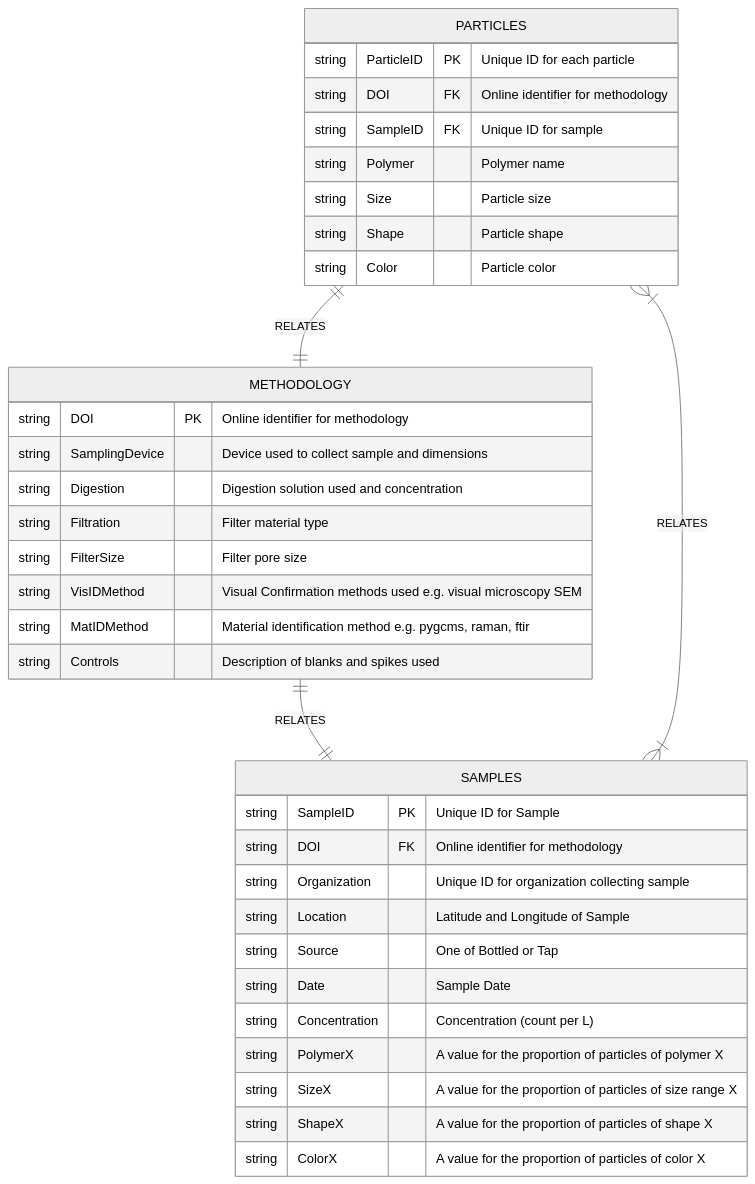
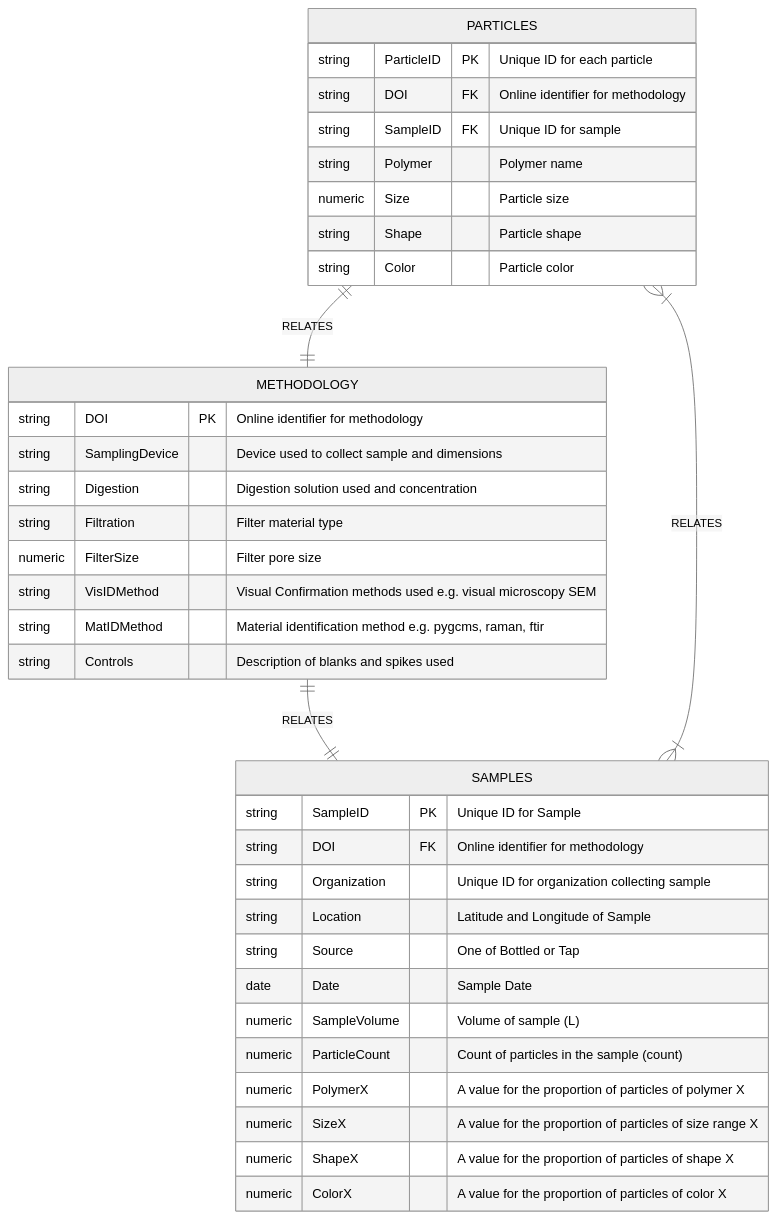
Before and after one commit to Moore-Institute-4-Plastic-Pollution-Res/Microplastic_Data_Portal: the first of 2 diagrams in README.md, drawn with Mermaid (neutral theme).

````diff
--- a/README.md
+++ b/README.md
@@ -27,39 +27,40 @@
 ```mermaid
 erDiagram
     METHODOLOGY ||--|| SAMPLES : RELATES
     PARTICLES ||--|| METHODOLOGY : RELATES
     PARTICLES }|--|{ SAMPLES : RELATES
 
     SAMPLES {
         string SampleID PK "Unique ID for Sample" 
         string DOI FK "Online identifier for methodology"
         string Organization "Unique ID for organization collecting sample"
         string Location "Latitude and Longitude of Sample"
         string Source "One of Bottled or Tap"
-        string Date "Sample Date"
-        string Concentration "Concentration (count per L)"
-        string PolymerX "A value for the proportion of particles of polymer X"
-        string SizeX "A value for the proportion of particles of size range X"
-        string ShapeX "A value for the proportion of particles of shape X"
-        string ColorX "A value for the proportion of particles of color X"
+        date Date "Sample Date"
+        numeric SampleVolume "Volume of sample (L)"
+        numeric ParticleCount "Count of particles in the sample (count)"
+        numeric PolymerX "A value for the proportion of particles of polymer X"
+        numeric SizeX "A value for the proportion of particles of size range X"
+        numeric ShapeX "A value for the proportion of particles of shape X"
+        numeric ColorX "A value for the proportion of particles of color X"
     }
     PARTICLES {
         string ParticleID PK "Unique ID for each particle" 
         string DOI FK "Online identifier for methodology"
         string SampleID FK "Unique ID for sample" 
         string Polymer "Polymer name"
-        string Size "Particle size"
+        numeric Size "Particle size"
         string Shape "Particle shape"
         string Color "Particle color"
     }
     METHODOLOGY {
         string DOI PK "Online identifier for methodology"
         string SamplingDevice "Device used to collect sample and dimensions"
         string Digestion "Digestion solution used and concentration"
         string Filtration "Filter material type"
-        string FilterSize "Filter pore size"
+        numeric FilterSize "Filter pore size"
         string VisIDMethod "Visual Confirmation methods used e.g. visual microscopy SEM"
         string MatIDMethod "Material identification method e.g. pygcms, raman, ftir"
         string Controls "Description of blanks and spikes used"
     }    
 ```
````
